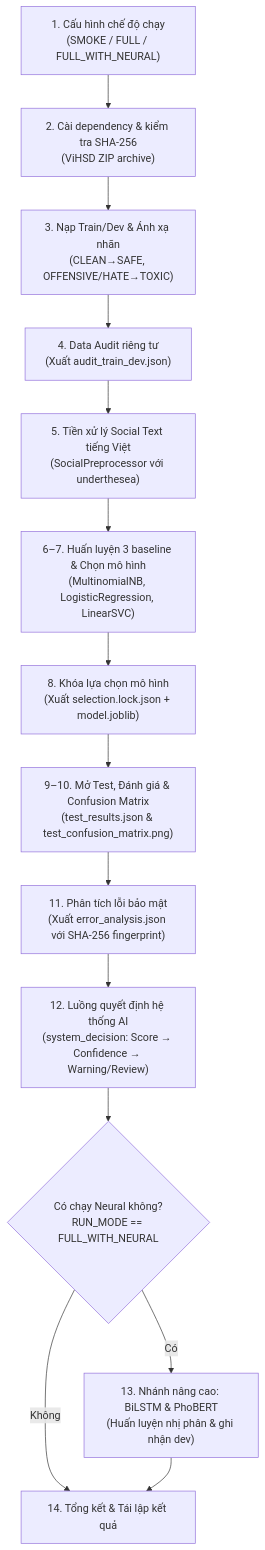
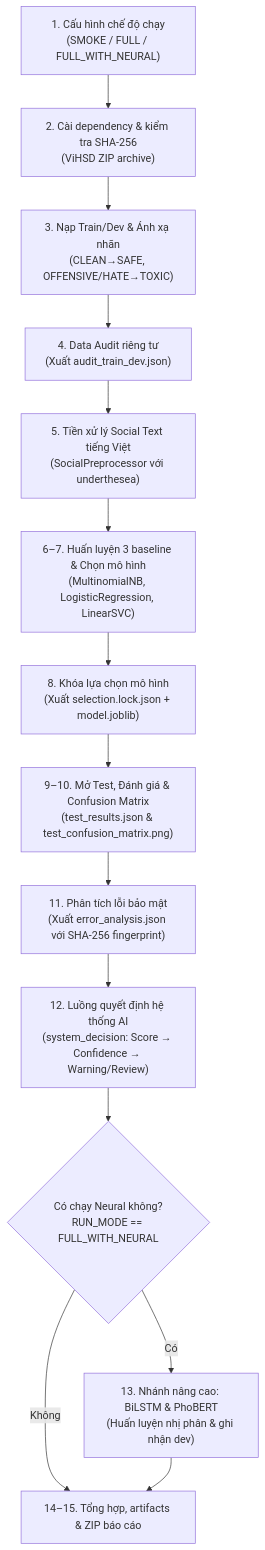
The diagram in README.md (andrewthongle/cs106-ai-project), drawn with Mermaid before and after one commit. The commit also changed other lines of this file, not shown here.

````diff
--- a/README.md
+++ b/README.md
@@ -80,17 +80,17 @@
 ```mermaid
 flowchart TD
     A["1. Cấu hình chế độ chạy<br/>(SMOKE / FULL / FULL_WITH_NEURAL)"] --> B["2. Cài dependency & kiểm tra SHA-256<br/>(ViHSD ZIP archive)"]
     B --> C["3. Nạp Train/Dev & Ánh xạ nhãn<br/>(CLEAN→SAFE, OFFENSIVE/HATE→TOXIC)"]
     C --> D["4. Data Audit riêng tư<br/>(Xuất audit_train_dev.json)"]
     D --> E["5. Tiền xử lý Social Text tiếng Việt<br/>(SocialPreprocessor với underthesea)"]
     E --> F["6–7. Huấn luyện 3 baseline & Chọn mô hình<br/>(MultinomialNB, LogisticRegression, LinearSVC)"]
     F --> G["8. Khóa lựa chọn mô hình<br/>(Xuất selection.lock.json + model.joblib)"]
     G --> H["9–10. Mở Test, Đánh giá & Confusion Matrix<br/>(test_results.json & test_confusion_matrix.png)"]
     H --> I["11. Phân tích lỗi bảo mật<br/>(Xuất error_analysis.json với SHA-256 fingerprint)"]
     I --> J["12. Luồng quyết định hệ thống AI<br/>(system_decision: Score → Confidence → Warning/Review)"]
     K{"Có chạy Neural không?<br/>RUN_MODE == FULL_WITH_NEURAL"}
     J --> K
     K -- Có --> L["13. Nhánh nâng cao: BiLSTM & PhoBERT<br/>(Huấn luyện nhị phân & ghi nhận dev)"]
-    K -- Không --> M["14. Tổng kết & Tái lập kết quả"]
+    K -- Không --> M["14–15. Tổng hợp, artifacts & ZIP báo cáo"]
     L --> M
 ```
````
